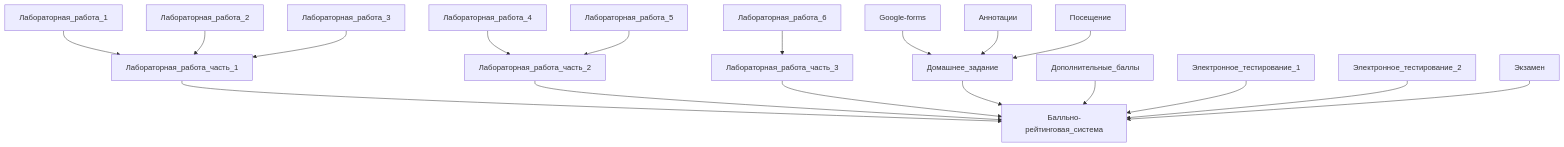
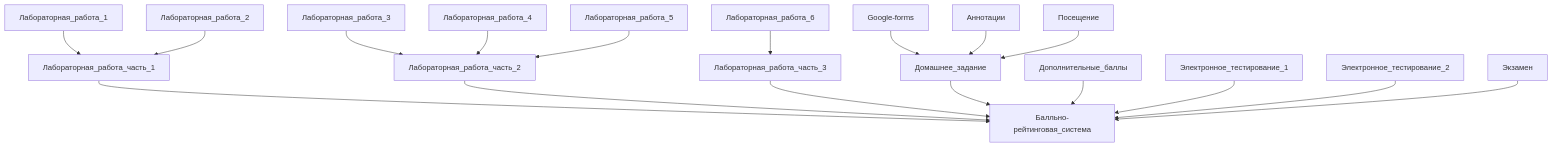
The diagram in 1 Семестр/Информатика/README.md (Steralka/ITMO), drawn with Mermaid before and after one commit.

````diff
--- a/1 Семестр/Информатика/README.md
+++ b/1 Семестр/Информатика/README.md
@@ -35,20 +35,20 @@
 ```mermaid
 graph TD;
     Лабораторная_работа_1-->Лабораторная_работа_часть_1;
     Лабораторная_работа_2-->Лабораторная_работа_часть_1;
-    Лабораторная_работа_3-->Лабораторная_работа_часть_1;
+    Лабораторная_работа_3-->Лабораторная_работа_часть_2;
     Лабораторная_работа_4-->Лабораторная_работа_часть_2;
     Лабораторная_работа_5-->Лабораторная_работа_часть_2;
     Лабораторная_работа_6-->Лабораторная_работа_часть_3;
     Google-forms-->Домашнее_задание;
     Аннотации-->Домашнее_задание;
     Посещение-->Домашнее_задание;
     Лабораторная_работа_часть_1-->Балльно-рейтинговая_система;
     Лабораторная_работа_часть_2-->Балльно-рейтинговая_система;
     Лабораторная_работа_часть_3-->Балльно-рейтинговая_система;
     Домашнее_задание-->Балльно-рейтинговая_система;
     Дополнительные_баллы-->Балльно-рейтинговая_система;
     Электронное_тестирование_1-->Балльно-рейтинговая_система;
     Электронное_тестирование_2-->Балльно-рейтинговая_система;
     Экзамен-->Балльно-рейтинговая_система;
 ```
````
